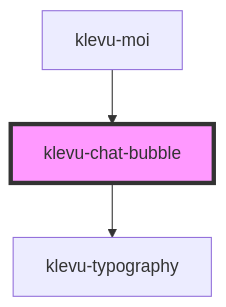
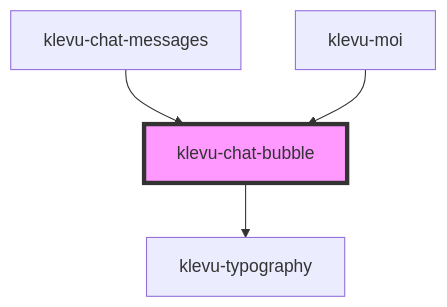
Before and after one commit to klevultd/frontend-sdk: the diagram in packages/klevu-ui/src/components/klevu-chat-bubble/readme.md, drawn with Mermaid. The commit also changed other lines of this file and 34 other files, not shown here.

````diff
--- a/packages/klevu-ui/src/components/klevu-chat-bubble/readme.md
+++ b/packages/klevu-ui/src/components/klevu-chat-bubble/readme.md
@@ -30,6 +31,7 @@
 ```mermaid
 graph TD;
   klevu-chat-bubble --> klevu-typography
+  klevu-chat-messages --> klevu-chat-bubble
   klevu-moi --> klevu-chat-bubble
   style klevu-chat-bubble fill:#f9f,stroke:#333,stroke-width:4px
 ```
````
